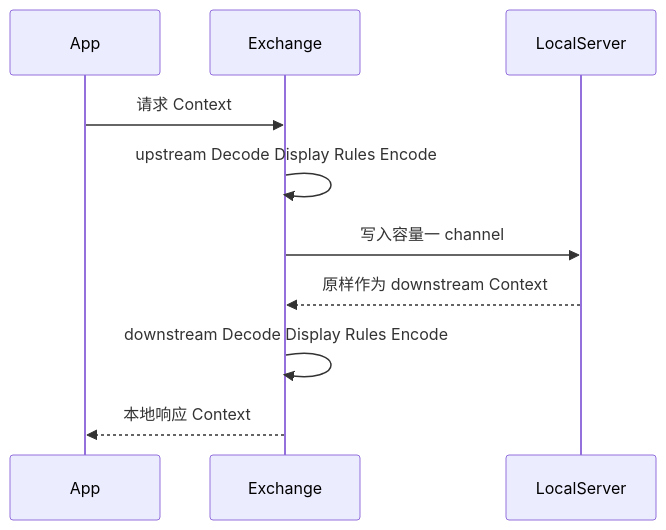
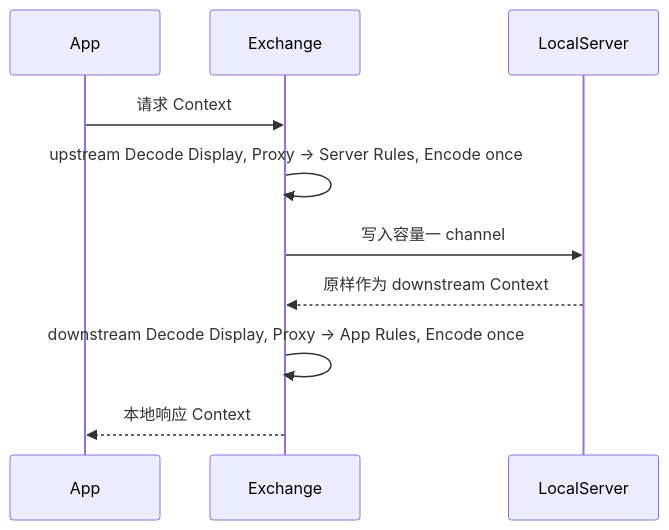
One commit to kouxko/gmofg-payment-proxy changed the third of 5 diagrams in docs/architecture/data-flow.md. Above: the diagram before and after it, drawn with Mermaid. The commit also changed other lines of this file and 32 other files, not shown here.

Commit message:
docs(architecture): align package and rule contracts

````diff
--- a/docs/architecture/data-flow.md
+++ b/docs/architecture/data-flow.md
@@ -101,12 +101,12 @@
 ```mermaid
 sequenceDiagram
     participant A as App
     participant E as Exchange
     participant L as LocalServer
     A->>E: 请求 Context
-    E->>E: upstream Decode Display Rules Encode
+    E->>E: upstream Decode Display, Proxy -> Server Rules, Encode once
     E->>L: 写入容量一 channel
     L-->>E: 原样作为 downstream Context
-    E->>E: downstream Decode Display Rules Encode
+    E->>E: downstream Decode Display, Proxy -> App Rules, Encode once
     E-->>A: 本地响应 Context
 ```
````
